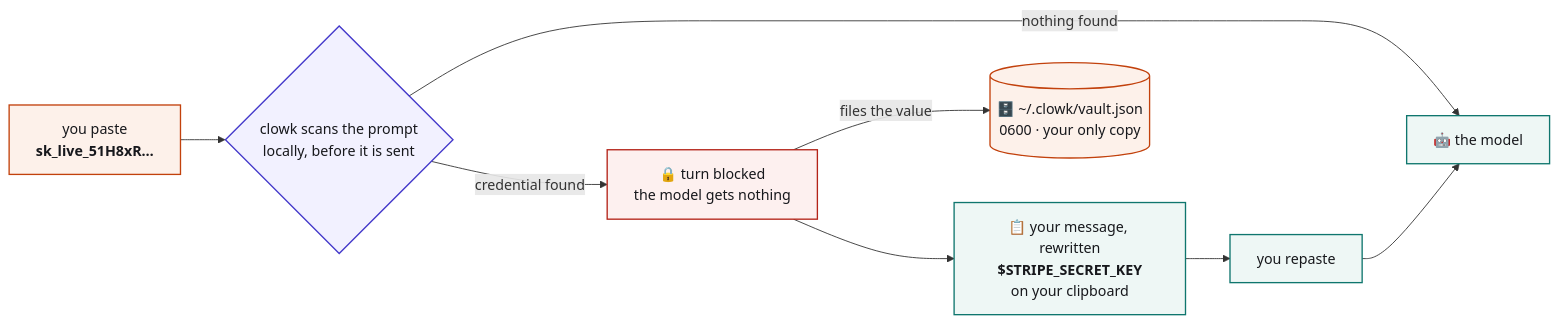
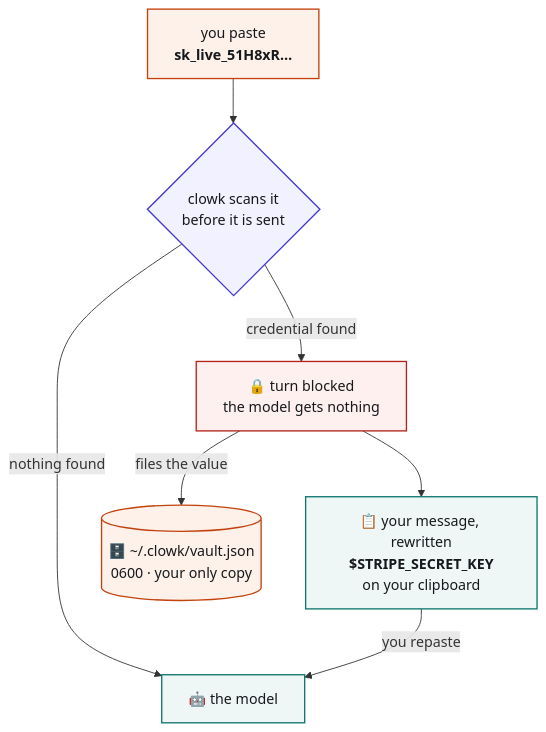
One commit to Aniumbott/clowk changed the first of 3 diagrams in README.md. Above: the diagram before and after it, drawn with Mermaid. The commit also changed other lines of this file, not shown here.

First line of the commit message:
docs: lay the diagrams out for the width a README actually has

````diff
--- a/README.md
+++ b/README.md
@@ -14,21 +14,20 @@
 ```mermaid
-flowchart LR
+flowchart TD
     A["you paste<br/><b>sk_live_51H8xR…</b>"]:::secret
-    B{"clowk scans the prompt<br/>locally, before it is sent"}:::tool
+    B{"clowk scans it<br/>before it is sent"}:::tool
     X["🔒 turn blocked<br/>the model gets nothing"]:::blocked
     V[("🗄️ ~/.clowk/vault.json<br/>0600 · your only copy")]:::secret
     P["📋 your message, rewritten<br/><b>$STRIPE_SECRET_KEY</b><br/>on your clipboard"]:::ref
-    R["you repaste"]:::ref
     M["🤖 the model"]:::ref
 
     A --> B
     B -->|"nothing found"| M
     B -->|"credential found"| X
     X -->|"files the value"| V
-    X --> P --> R --> M
+    X --> P -->|"you repaste"| M
 
     classDef secret fill:#fdf1ea,stroke:#c2410c,stroke-width:1.5px,color:#17181c
     classDef ref fill:#eef7f5,stroke:#0f766e,stroke-width:1.5px,color:#17181c
     classDef tool fill:#f2f1ff,stroke:#4338ca,stroke-width:1.5px,color:#17181c
     classDef blocked fill:#fdf0ef,stroke:#b42318,stroke-width:1.5px,color:#17181c
 ```
````
